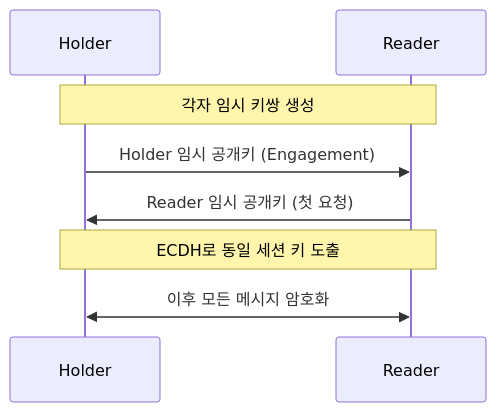
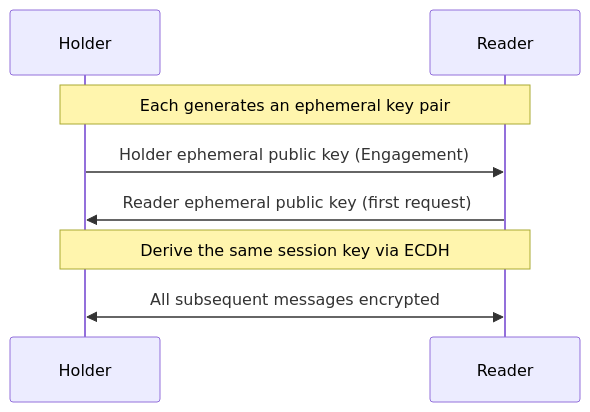
The fourth of 5 diagrams in docs/concepts/mdoc/mdoc_proximity_presentation.md (OmniOneID/poc-oid4vc), drawn with Mermaid before and after one commit. The commit also changed other lines of this file and 29 other files, not shown here.

````diff
--- a/docs/concepts/mdoc/mdoc_proximity_presentation.md
+++ b/docs/concepts/mdoc/mdoc_proximity_presentation.md
@@ -138,10 +138,10 @@
 ```mermaid
 sequenceDiagram
     participant H as Holder
     participant R as Reader
-    Note over H,R: 각자 임시 키쌍 생성
-    H->>R: Holder 임시 공개키 (Engagement)
-    R->>H: Reader 임시 공개키 (첫 요청)
-    Note over H,R: ECDH로 동일 세션 키 도출
-    H<<->>R: 이후 모든 메시지 암호화
+    Note over H,R: Each generates an ephemeral key pair
+    H->>R: Holder ephemeral public key (Engagement)
+    R->>H: Reader ephemeral public key (first request)
+    Note over H,R: Derive the same session key via ECDH
+    H<<->>R: All subsequent messages encrypted
 ```
````
